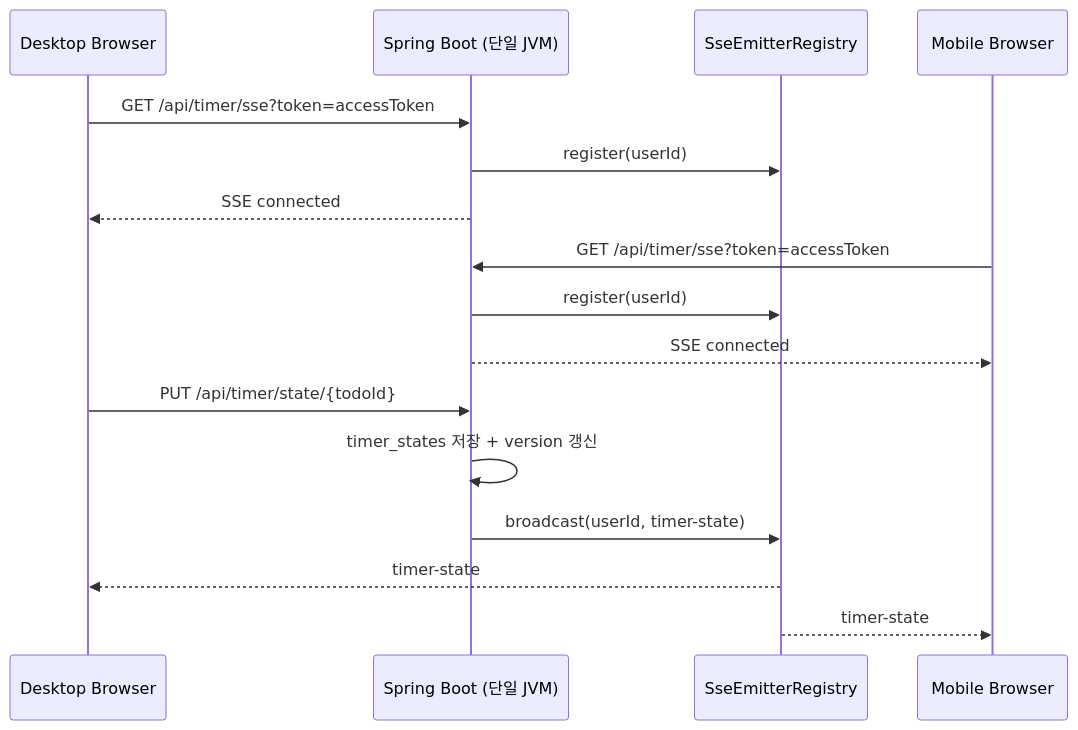
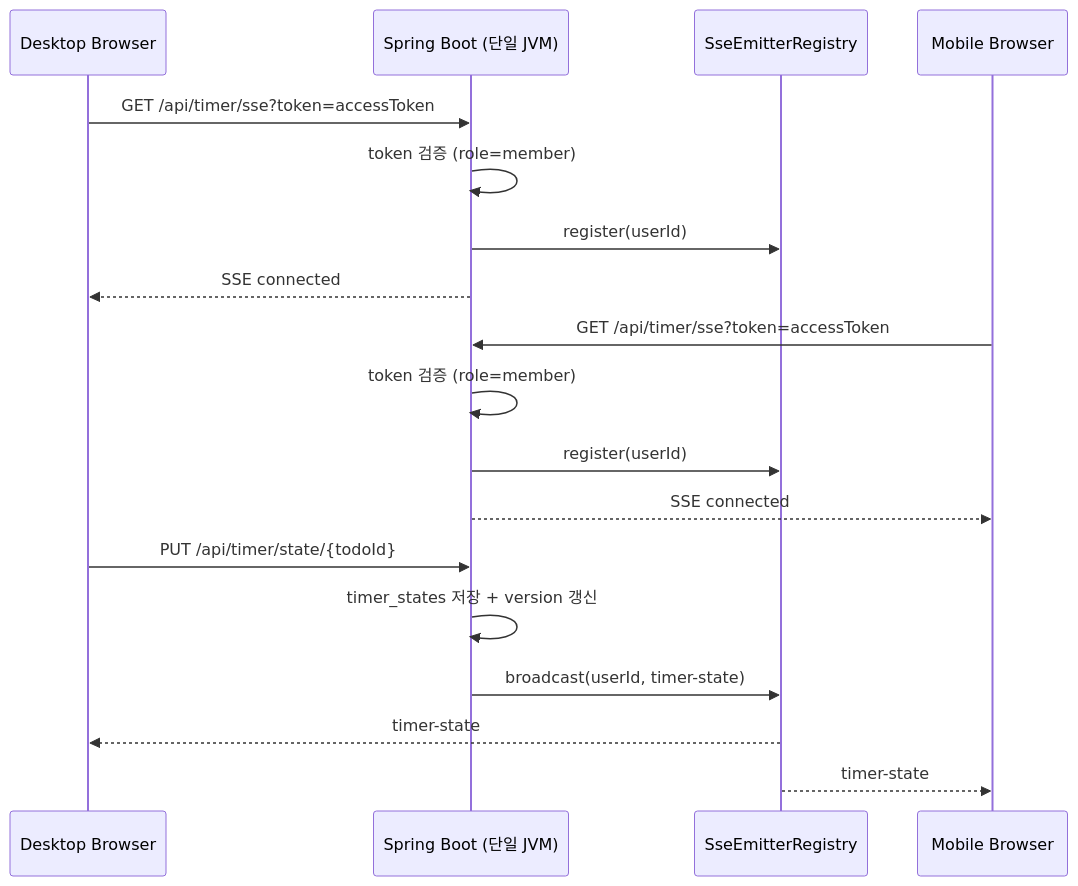
Before and after one commit to g1ennk/FlowMate: the diagram in docs/wiki/sse-sync.md, drawn with Mermaid. The commit also changed other lines of this file and 4 other files, not shown here.

````diff
--- a/docs/wiki/sse-sync.md
+++ b/docs/wiki/sse-sync.md
@@ -49,18 +48,20 @@
 ```mermaid
 sequenceDiagram
     participant D as Desktop Browser
     participant S as Spring Boot (단일 JVM)
     participant R as SseEmitterRegistry
     participant M as Mobile Browser
     D ->> S: GET /api/timer/sse?token=accessToken
+    S ->> S: token 검증 (role=member)
     S ->> R: register(userId)
     S -->> D: SSE connected
     M ->> S: GET /api/timer/sse?token=accessToken
+    S ->> S: token 검증 (role=member)
     S ->> R: register(userId)
     S -->> M: SSE connected
     D ->> S: PUT /api/timer/state/{todoId}
     S ->> S: timer_states 저장 + version 갱신
     S ->> R: broadcast(userId, timer-state)
     R -->> D: timer-state
     R -->> M: timer-state
 ```
````
